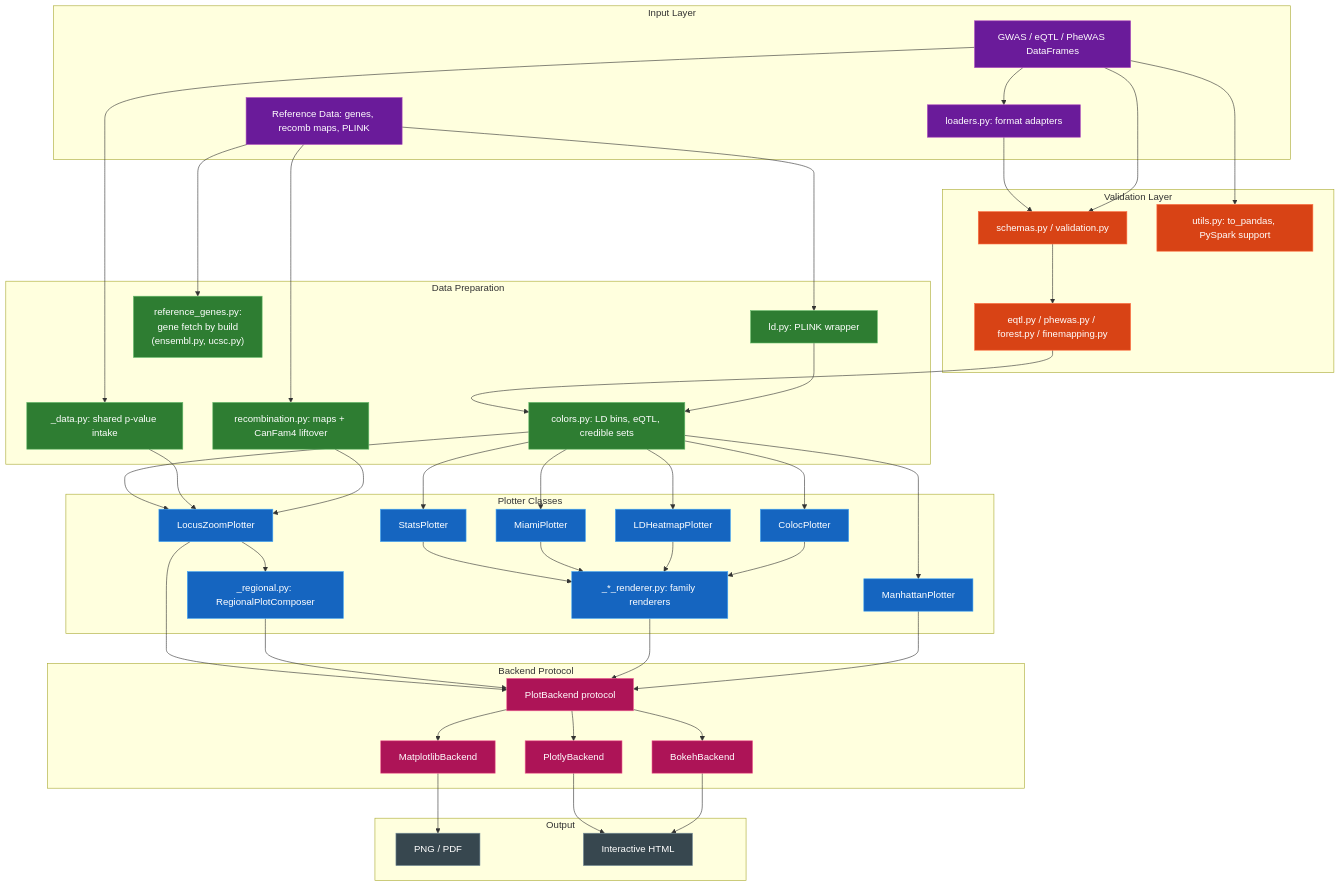
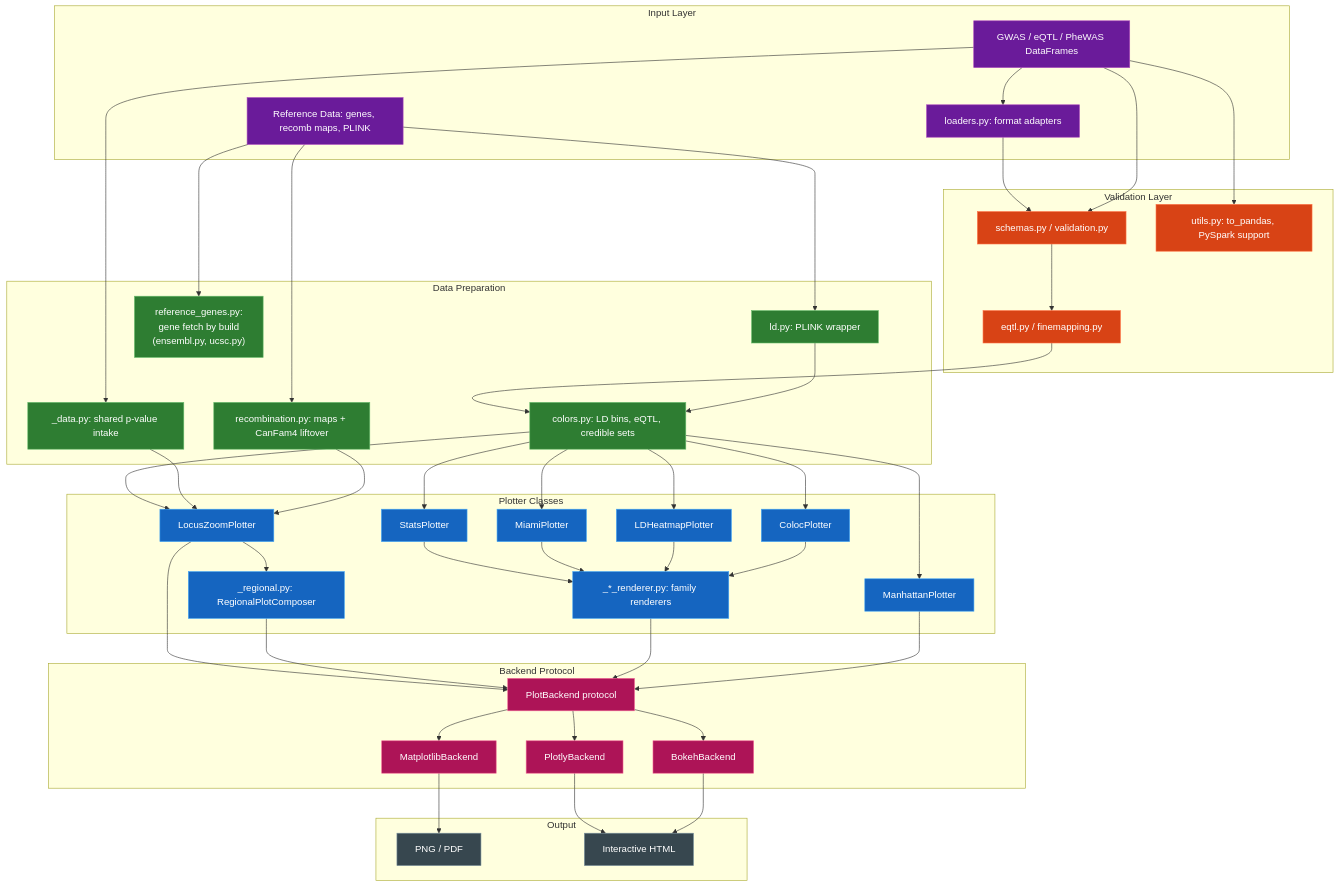
The diagram in docs/ARCHITECTURE.md (michael-denyer/pyLocusZoom), drawn with Mermaid before and after one commit. The commit also changed other lines of this file and 38 other files, not shown here.

```diff
--- a/docs/ARCHITECTURE.md
+++ b/docs/ARCHITECTURE.md
@@ -26,7 +26,7 @@
 
     subgraph Validate["Validation Layer"]
         SCHEMA[schemas.py / validation.py]
-        EQTLV[eqtl.py / phewas.py / forest.py / finemapping.py]
+        EQTLV[eqtl.py / finemapping.py]
         UTILS[utils.py: to_pandas, PySpark support]
     end
 
```
